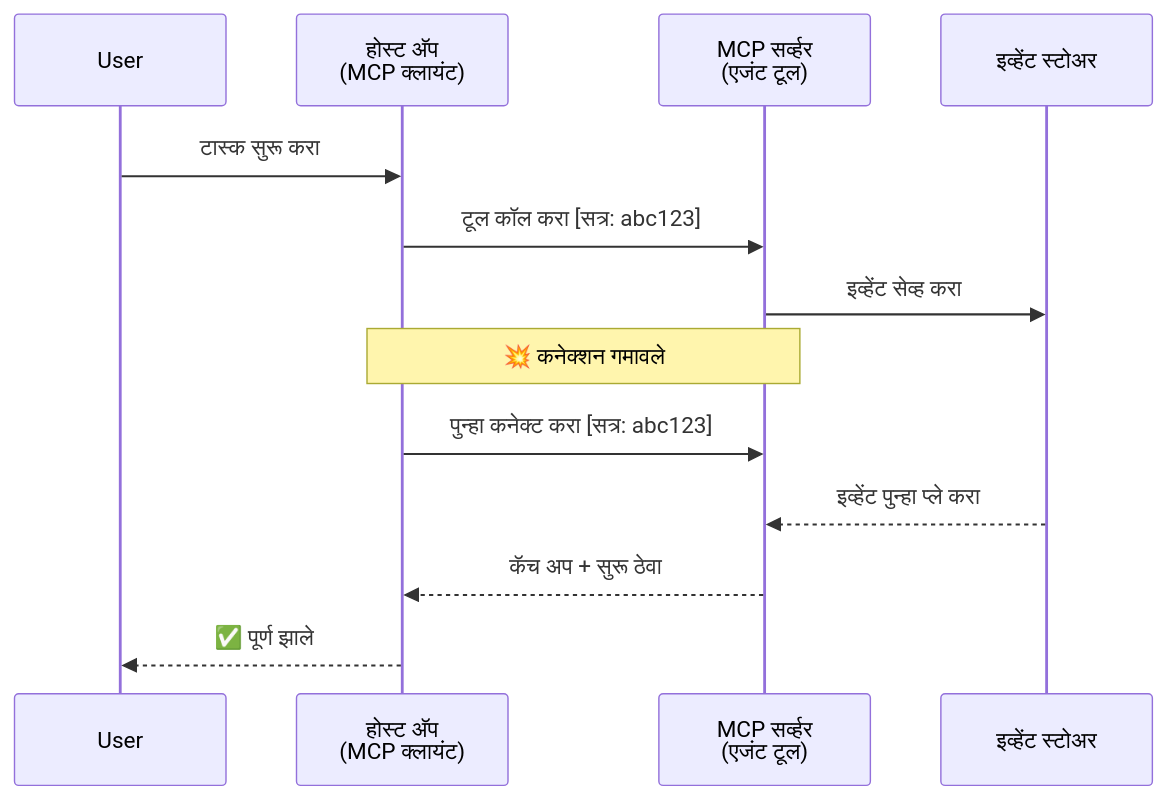
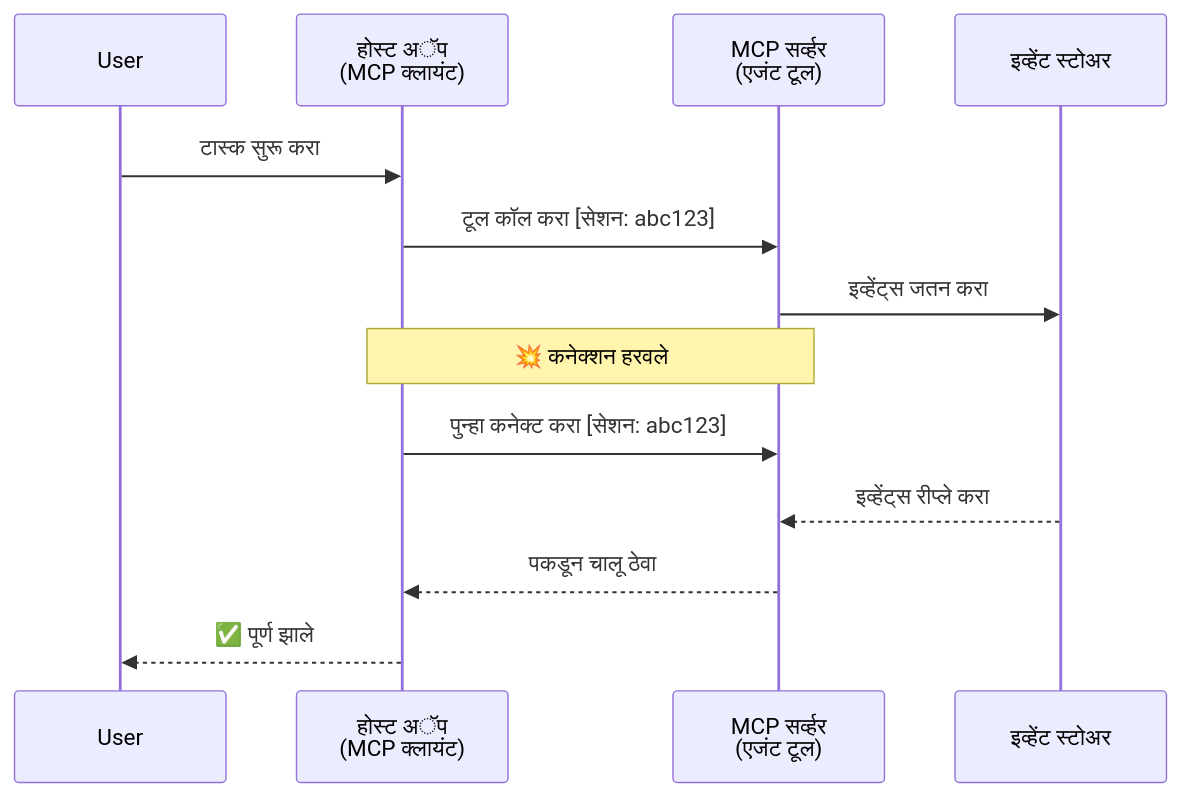
Before and after one commit to gabrielmoreira/agent-skills-mirror: the second of 5 diagrams in mirrors/repos/microsoft@ai-agents-for-beginners/translations/mr/11-agentic-protocols/code_samples/mcp-agents/README.md, drawn with Mermaid. The commit also changed other lines of this file and 4262 other files, not shown here.

````diff
--- a/mirrors/repos/microsoft@ai-agents-for-beginners/translations/mr/11-agentic-protocols/code_samples/mcp-agents/README.md
+++ b/mirrors/repos/microsoft@ai-agents-for-beginners/translations/mr/11-agentic-protocols/code_samples/mcp-agents/README.md
@@ -82,18 +82,18 @@
 ```mermaid
 sequenceDiagram
     participant User
-    participant Host as होस्ट अ‍ॅप<br/>(MCP क्लायंट)
+    participant Host as होस्ट अॅप<br/>(MCP क्लायंट)
     participant Server as MCP सर्व्हर<br/>(एजंट टूल)
     participant Store as इव्हेंट स्टोअर
 
     User->>Host: टास्क सुरू करा
-    Host->>Server: टूल कॉल करा [सत्र: abc123]
-    Server->>Store: इव्हेंट सेव्ह करा
+    Host->>Server: टूल कॉल करा [सेशन: abc123]
+    Server->>Store: इव्हेंट्स जतन करा
 
-    Note over Host,Server: 💥 कनेक्शन गमावले
+    Note over Host,Server: 💥 कनेक्शन हरवले
 
-    Host->>Server: पुन्हा कनेक्ट करा [सत्र: abc123]
-    Store-->>Server: इव्हेंट पुन्हा प्ले करा
-    Server-->>Host: कॅच अप + सुरू ठेवा
+    Host->>Server: पुन्हा कनेक्ट करा [सेशन: abc123]
+    Store-->>Server: इव्हेंट्स रीप्ले करा
+    Server-->>Host: पकडून चालू ठेवा
     Host-->>User: ✅ पूर्ण झाले
 ```
````
